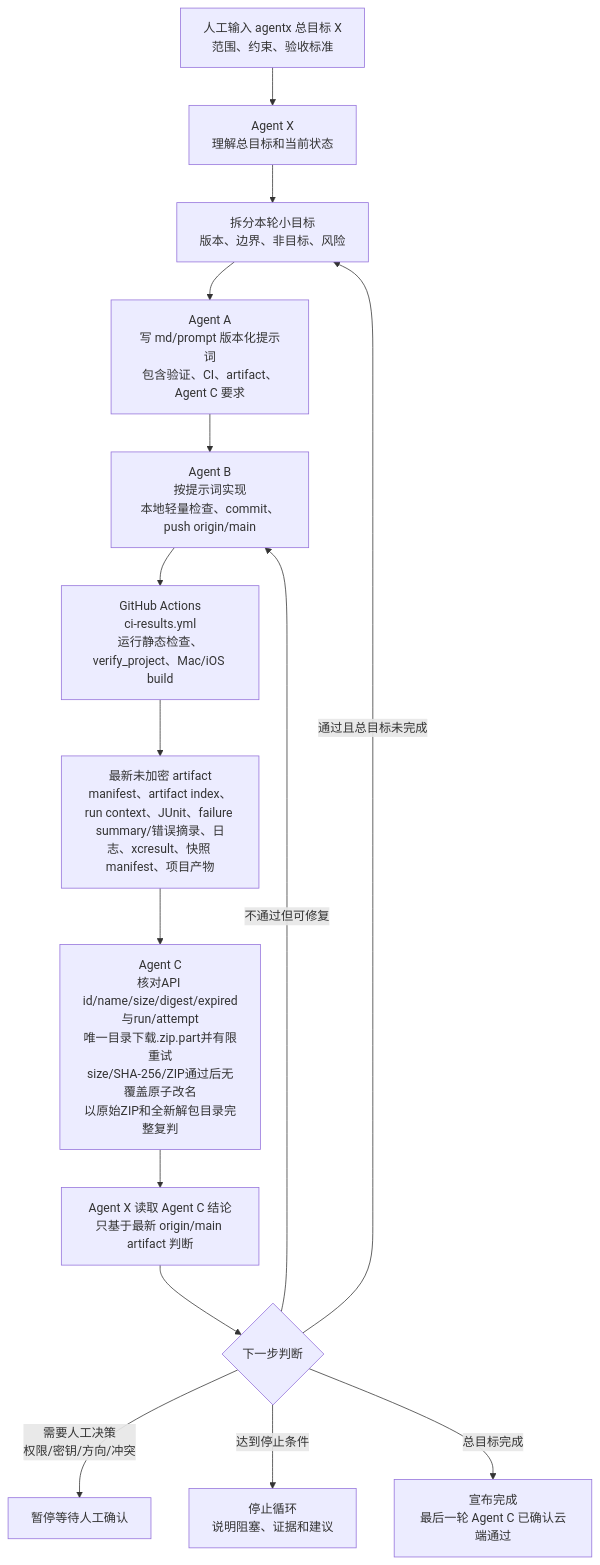
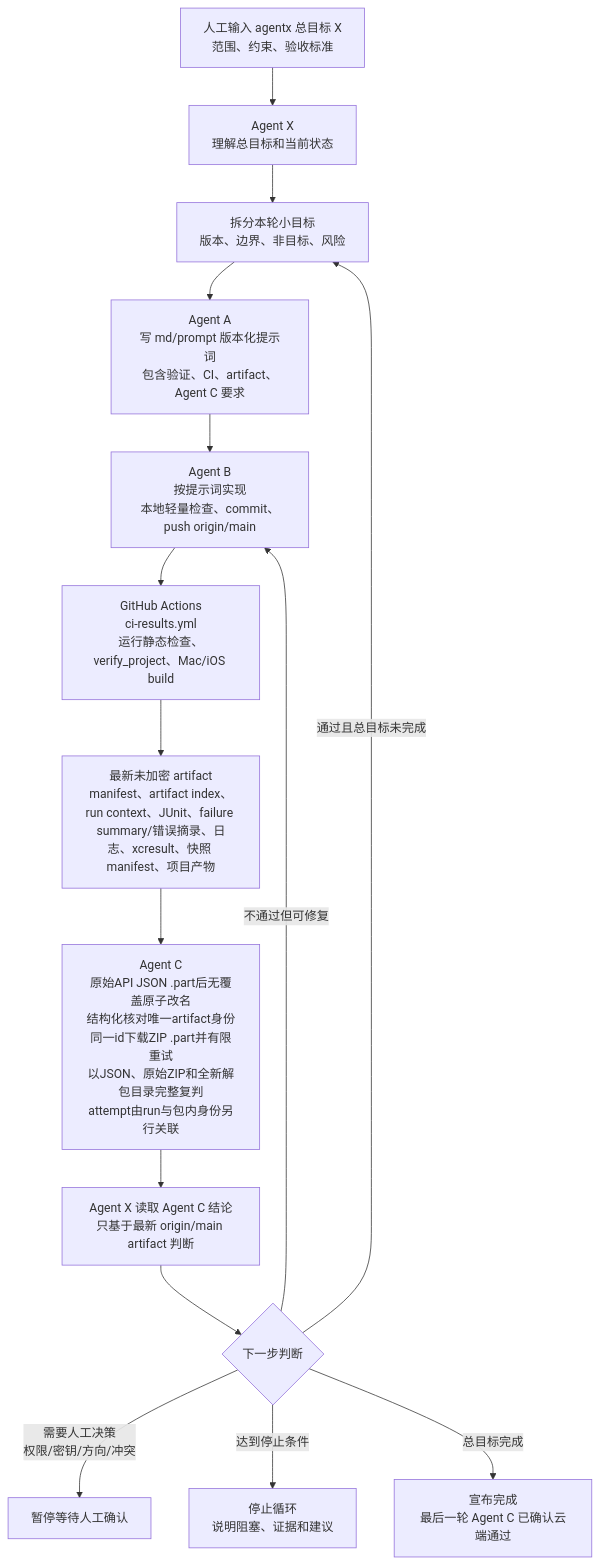
Before and after one commit to Altman-sam114/114: the sixth of 6 diagrams in md/flow/flowchart.md, drawn with Mermaid. The commit also changed other lines of this file and 10 other files, not shown here.

````diff
--- a/md/flow/flowchart.md
+++ b/md/flow/flowchart.md
@@ -152,17 +153,17 @@
 ```mermaid
 flowchart TD
   H["人工输入 agentx 总目标 X<br/>范围、约束、验收标准"] --> X0["Agent X<br/>理解总目标和当前状态"]
   X0 --> X1["拆分本轮小目标<br/>版本、边界、非目标、风险"]
   X1 --> A["Agent A<br/>写 md/prompt 版本化提示词<br/>包含验证、CI、artifact、Agent C 要求"]
   A --> B["Agent B<br/>按提示词实现<br/>本地轻量检查、commit、push origin/main"]
   B --> CI["GitHub Actions<br/>ci-results.yml<br/>运行静态检查、verify_project、Mac/iOS build"]
   CI --> ART["最新未加密 artifact<br/>manifest、artifact index、run context、JUnit、failure summary/错误摘录、日志、xcresult、快照 manifest、项目产物"]
-  ART --> C["Agent C<br/>核对API id/name/size/digest/expired与run/attempt<br/>唯一目录下载.zip.part并有限重试<br/>size/SHA-256/ZIP通过后无覆盖原子改名<br/>以原始ZIP和全新解包目录完整复判"]
+  ART --> C["Agent C<br/>原始API JSON .part后无覆盖原子改名<br/>结构化核对唯一artifact身份<br/>同一id下载ZIP .part并有限重试<br/>以JSON、原始ZIP和全新解包目录完整复判<br/>attempt由run与包内身份另行关联"]
   C --> X2["Agent X 读取 Agent C 结论<br/>只基于最新 origin/main artifact 判断"]
   X2 --> D{"下一步判断"}
   D -->|通过且总目标未完成| X1
   D -->|不通过但可修复| B
   D -->|需要人工决策<br/>权限/密钥/方向/冲突| P["暂停等待人工确认"]
   D -->|达到停止条件| S["停止循环<br/>说明阻塞、证据和建议"]
   D -->|总目标完成| DONE["宣布完成<br/>最后一轮 Agent C 已确认云端通过"]
 ```
````
